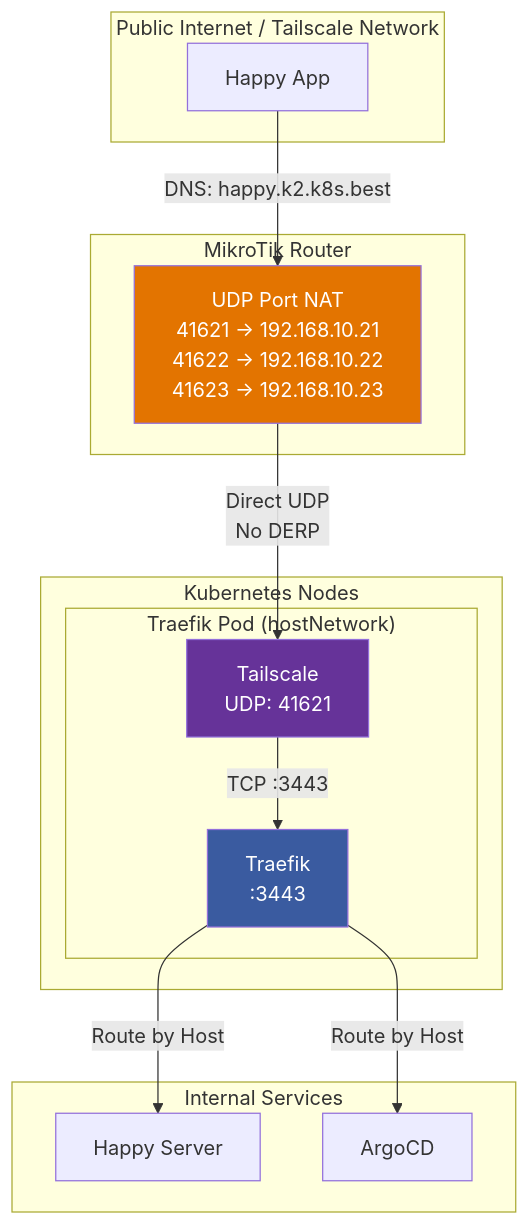
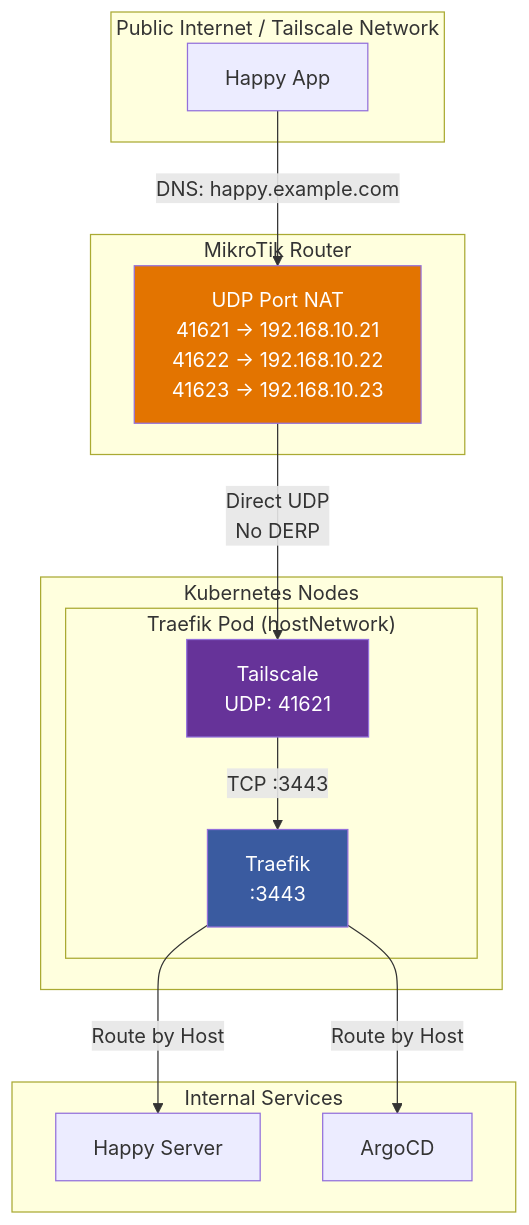
Before and after one commit to denysvitali/denvit-blog: the diagram in content/posts/tailscale-traefik-private-ca.md, drawn with Mermaid. The commit also changed other lines of this file, not shown here.

First line of the commit message:
fix: remove example.com domain, replace with example.com

````diff
--- a/content/posts/tailscale-traefik-private-ca.md
+++ b/content/posts/tailscale-traefik-private-ca.md
@@ -38,35 +38,35 @@
 ```mermaid
 flowchart TB
     subgraph Internet["Public Internet / Tailscale Network"]
         Client["Happy App"]
     end
 
     subgraph Router["MikroTik Router"]
         NAT["UDP Port NAT\n41621 → 192.168.10.21\n41622 → 192.168.10.22\n41623 → 192.168.10.23"]
     end
 
     subgraph Nodes["Kubernetes Nodes"]
         subgraph TraefikPod["Traefik Pod (hostNetwork)"]
             TS["Tailscale\nUDP: 41621"]
             Traefik["Traefik\n:3443"]
         end
     end
 
     subgraph Cluster["Internal Services"]
         Happy["Happy Server"]
         ArgoCD["ArgoCD"]
     end
 
-    Client -->|"DNS: happy.k2.k8s.best"| NAT
+    Client -->|"DNS: happy.example.com"| NAT
     NAT -->|"Direct UDP\nNo DERP"| TS
     TS -->|"TCP :3443"| Traefik
     Traefik -->|"Route by Host"| Happy
     Traefik -->|"Route by Host"| ArgoCD
 
     classDef tailscale fill:#663399,color:#fff
     classDef traefik fill:#3A5BA0,color:#fff
     classDef router fill:#E37400,color:#fff
     class TS tailscale
     class Traefik traefik
     class NAT router
 ```
````
